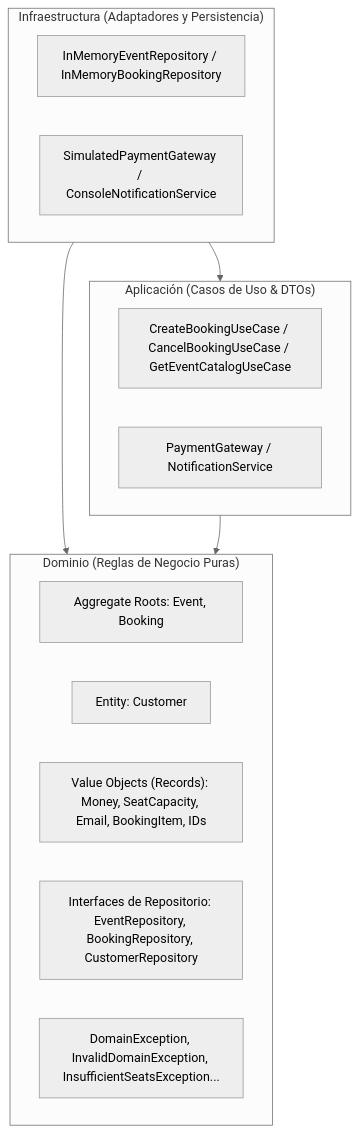
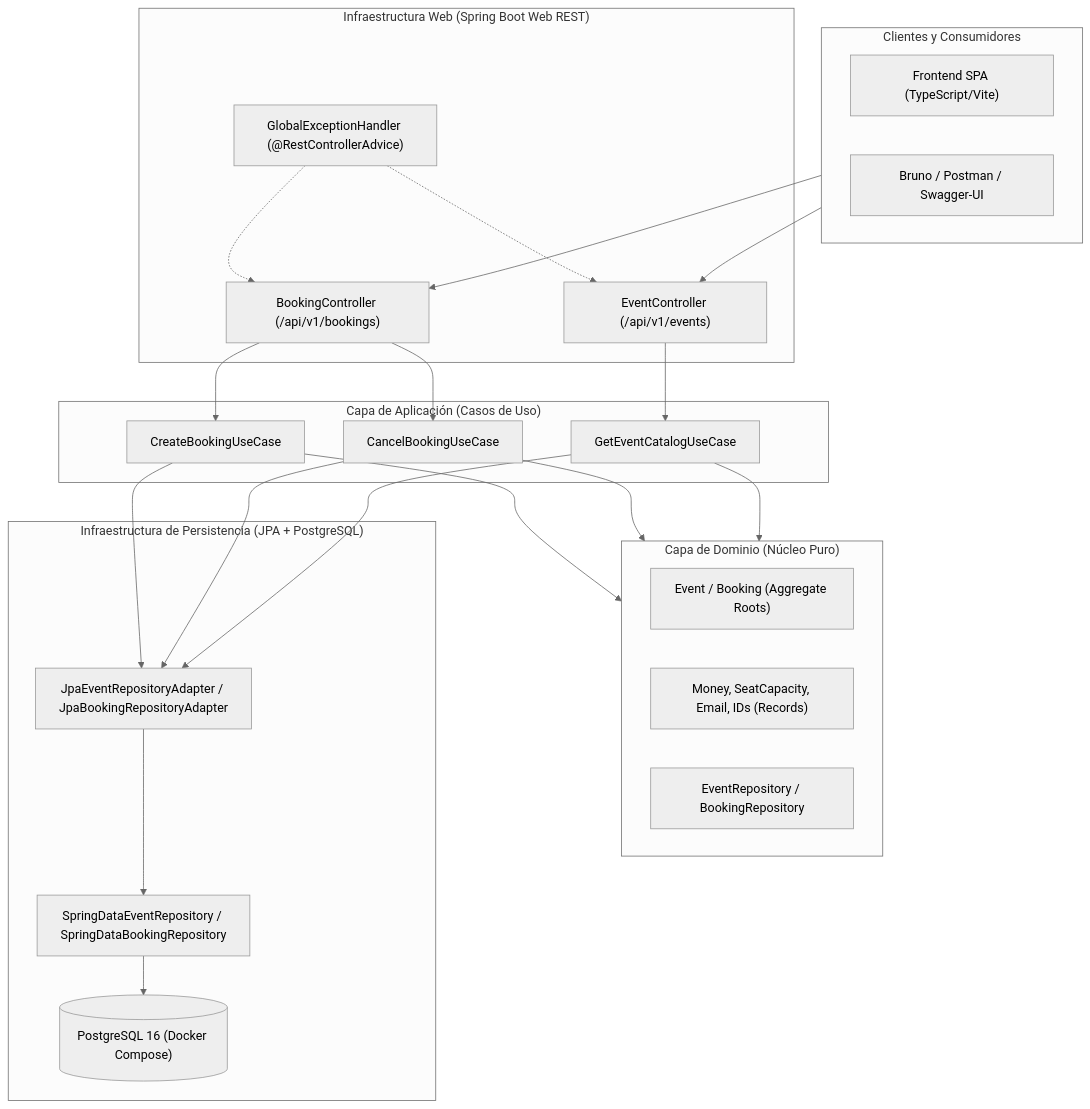
The diagram in README.md (LudwigEspinosa/Fundamentos_de_Java_Globant_Talento_Ready), drawn with Mermaid (neutral theme) before and after one commit. The commit also changed other lines of this file and 31 other files, not shown here.

````diff
--- a/README.md
+++ b/README.md
@@ -28,24 +31,47 @@
 ```mermaid
 graph TD
-    subgraph Infrastructure ["Infraestructura (Adaptadores y Persistencia)"]
-        InMemoryRepo["InMemoryEventRepository / InMemoryBookingRepository"]
-        Gateways["SimulatedPaymentGateway / ConsoleNotificationService"]
+    subgraph Client ["Clientes y Consumidores"]
+        WebSPA["Frontend SPA (TypeScript/Vite)"]
+        Bruno["Bruno / Postman / Swagger-UI"]
     end
 
-    subgraph Application ["Aplicación (Casos de Uso & DTOs)"]
-        UseCases["CreateBookingUseCase / CancelBookingUseCase / GetEventCatalogUseCase"]
-        Ports["PaymentGateway / NotificationService"]
+    subgraph Infrastructure_Web ["Infraestructura Web (Spring Boot Web REST)"]
+        EventCtrl["EventController (/api/v1/events)"]
+        BookingCtrl["BookingController (/api/v1/bookings)"]
+        Advice["GlobalExceptionHandler (@RestControllerAdvice)"]
     end
 
-    subgraph Domain ["Dominio (Reglas de Negocio Puras)"]
-        Aggregates["Aggregate Roots: Event, Booking"]
-        Entities["Entity: Customer"]
-        ValueObjects["Value Objects (Records): Money, SeatCapacity, Email, BookingItem, IDs"]
-        RepoContracts["Interfaces de Repositorio: EventRepository, BookingRepository, CustomerRepository"]
-        Exceptions["DomainException, InvalidDomainException, InsufficientSeatsException..."]
+    subgraph Application ["Capa de Aplicación (Casos de Uso)"]
+        CreateBooking["CreateBookingUseCase"]
+        CancelBooking["CancelBookingUseCase"]
+        GetCatalog["GetEventCatalogUseCase"]
     end
 
-    Infrastructure --> Application
-    Infrastructure --> Domain
-    Application --> Domain
+    subgraph Domain ["Capa de Dominio (Núcleo Puro)"]
+        Aggregates["Event / Booking (Aggregate Roots)"]
+        ValueObjects["Money, SeatCapacity, Email, IDs (Records)"]
+        RepoContracts["EventRepository / BookingRepository"]
+    end
+
+    subgraph Infrastructure_DB ["Infraestructura de Persistencia (JPA + PostgreSQL)"]
+        JPAAdapters["JpaEventRepositoryAdapter / JpaBookingRepositoryAdapter"]
+        SpringData["SpringDataEventRepository / SpringDataBookingRepository"]
+        DockerDB[("PostgreSQL 16 (Docker Compose)")]
+    end
+
+    Client --> EventCtrl
+    Client --> BookingCtrl
+    EventCtrl --> GetCatalog
+    BookingCtrl --> CreateBooking
+    BookingCtrl --> CancelBooking
+    CreateBooking --> Domain
+    CancelBooking --> Domain
+    GetCatalog --> Domain
+    CreateBooking --> JPAAdapters
+    CancelBooking --> JPAAdapters
+    GetCatalog --> JPAAdapters
+    JPAAdapters --> SpringData
+    SpringData --> DockerDB
+    Advice -.-> EventCtrl
+    Advice -.-> BookingCtrl
 ```
````
